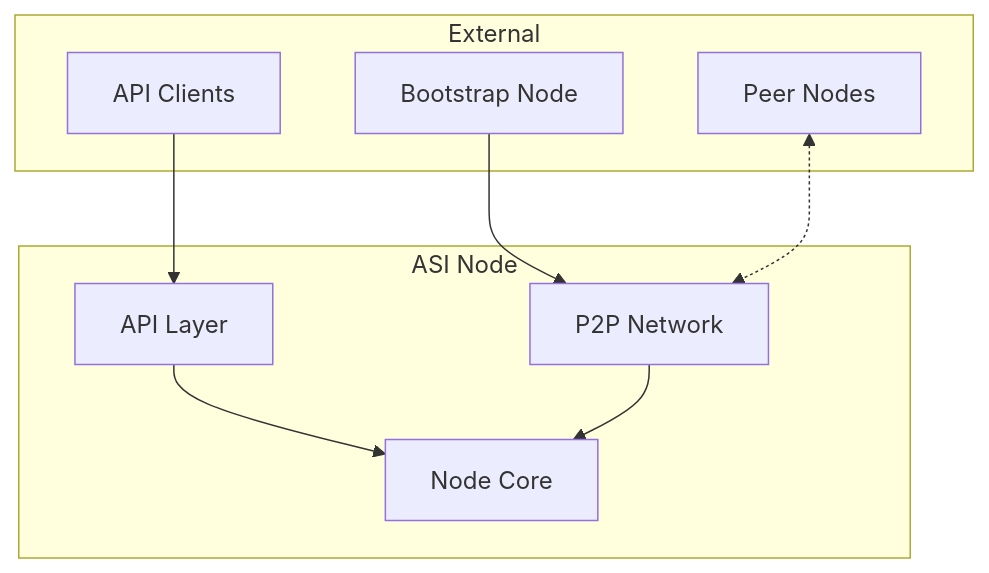
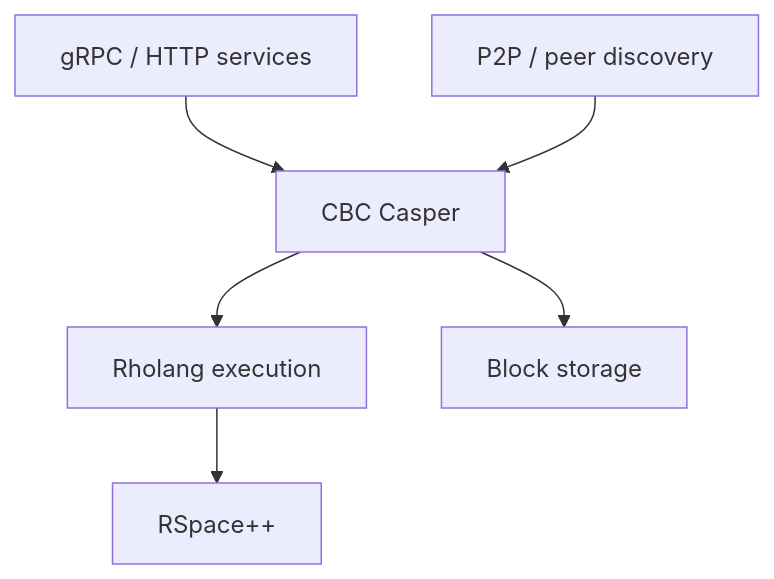
Before and after one commit to asi-alliance/asi-chain-docs-portal: the diagram in architecture/component-diagrams/node/index.md, drawn with Mermaid. The commit also changed other lines of this file and 23 other files, not shown here.

````diff
--- a/architecture/component-diagrams/node/index.md
+++ b/architecture/component-diagrams/node/index.md
@@ -9,20 +5,8 @@
 ```mermaid
-graph TB
-    subgraph "ASI Node"
-        Core[Node Core]
-        API[API Layer]
-        P2P[P2P Network]
-    end
-    
-    subgraph "External"
-        Bootstrap[Bootstrap Node]
-        Peers[Peer Nodes]
-        Clients[API Clients]
-    end
-    
-    Bootstrap --> P2P
-    Peers <-.-> P2P
-    Clients --> API
-    API --> Core
-    P2P --> Core
+flowchart TB
+  API[gRPC / HTTP services] --> Casper[CBC Casper]
+  P2P[P2P / peer discovery] --> Casper
+  Casper --> Rho[Rholang execution]
+  Rho --> RSpace[RSpace++]
+  Casper --> Blocks[Block storage]
 ```
````
